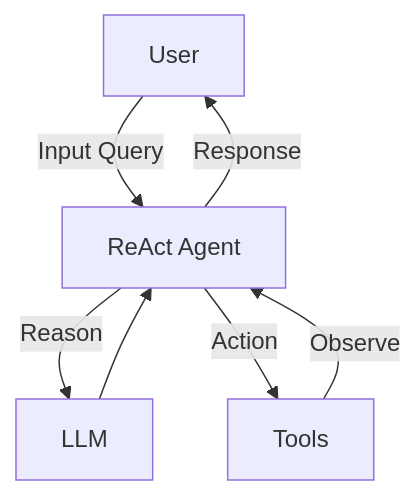
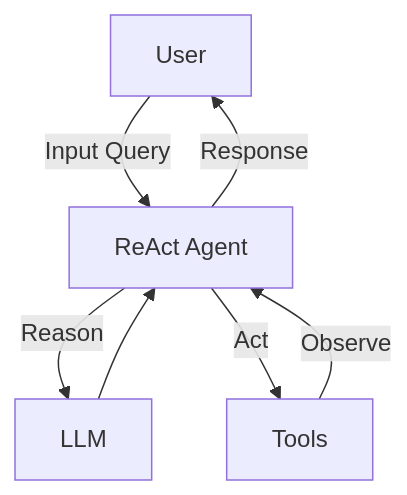
The diagram in README.md (swamibala/travel-itinerary), drawn with Mermaid before and after one commit.

````diff
--- a/README.md
+++ b/README.md
@@ -6,9 +6,9 @@
 ```mermaid
 graph TD
     User[User] -->|Input Query| Agent[ReAct Agent]
     Agent -->|Reason| LLM[LLM]
     LLM --> Agent
-    Agent -->|Action| Tools[Tools]
+    Agent -->|Act| Tools[Tools]
     Tools -->|Observe| Agent
     Agent -->|Response| User
 ```
````
